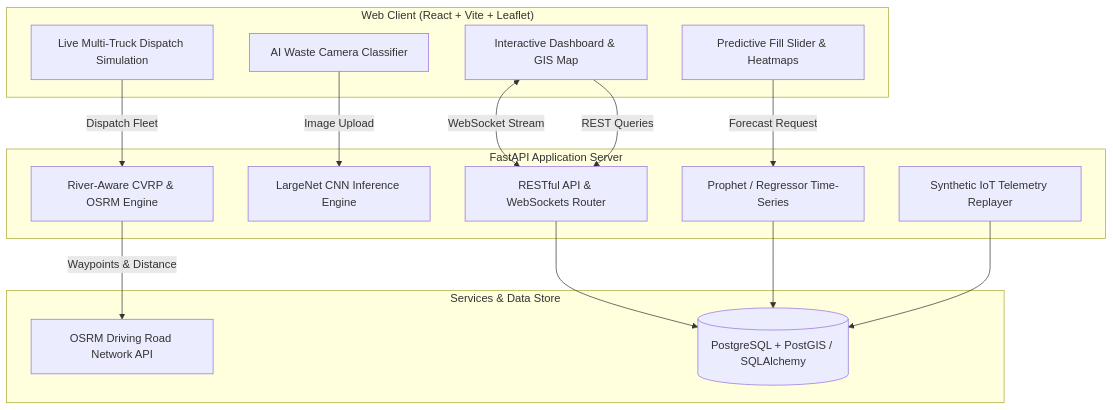
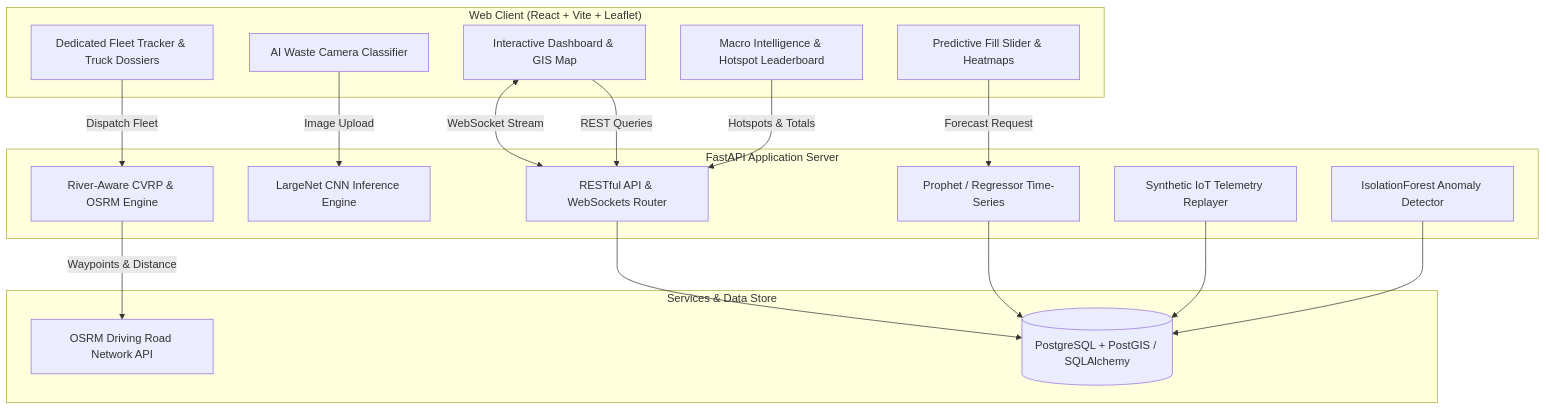
One commit to SalazarZ3U5/BitnBuild changed the diagram in README.md. Above: the diagram before and after it, drawn with Mermaid. The commit also changed other lines of this file and 17 other files, not shown here.

Commit message:
Fixed bugs in analytics page+improved README+added dedicated popup modals for driver info+made UI changes to Dashboard page+added collapsible sidebar

````diff
--- a/README.md
+++ b/README.md
@@ -66,32 +80,36 @@
 ```mermaid
 flowchart TD
     subgraph Client ["Web Client (React + Vite + Leaflet)"]
         UI[Interactive Dashboard & GIS Map]
         ClassifyUI[AI Waste Camera Classifier]
         HeatmapUI[Predictive Fill Slider & Heatmaps]
-        FleetUI[Live Multi-Truck Dispatch Simulation]
+        FleetUI[Dedicated Fleet Tracker & Truck Dossiers]
+        AnalyticsUI[Macro Intelligence & Hotspot Leaderboard]
     end
 
     subgraph Backend ["FastAPI Application Server"]
         API[RESTful API & WebSockets Router]
         Classifier[LargeNet CNN Inference Engine]
         Predictor[Prophet / Regressor Time-Series]
         Optimizer[River-Aware CVRP & OSRM Engine]
         Telemetry[Synthetic IoT Telemetry Replayer]
+        Anomaly[IsolationForest Anomaly Detector]
     end
 
     subgraph External ["Services & Data Store"]
         OSRM[OSRM Driving Road Network API]
         DB[(PostgreSQL + PostGIS / SQLAlchemy)]
     end
 
     UI <-->|WebSocket Stream| API
     UI -->|REST Queries| API
     ClassifyUI -->|Image Upload| Classifier
     HeatmapUI -->|Forecast Request| Predictor
     FleetUI -->|Dispatch Fleet| Optimizer
+    AnalyticsUI -->|Hotspots & Totals| API
     Optimizer -->|Waypoints & Distance| OSRM
     API --> DB
     Predictor --> DB
     Telemetry --> DB
+    Anomaly --> DB
 ```
````
